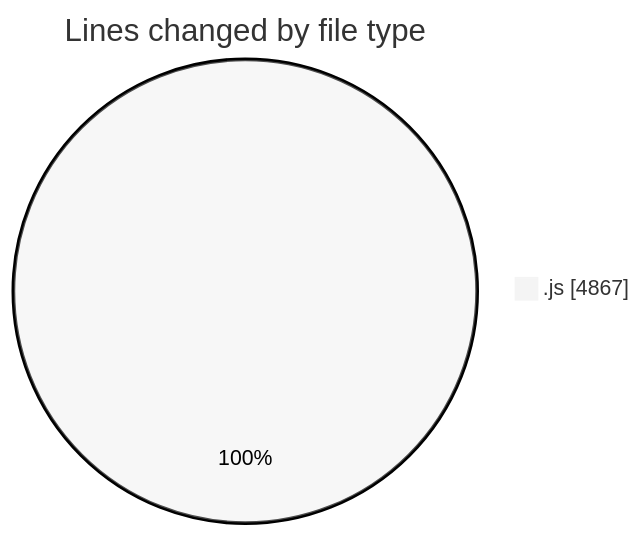
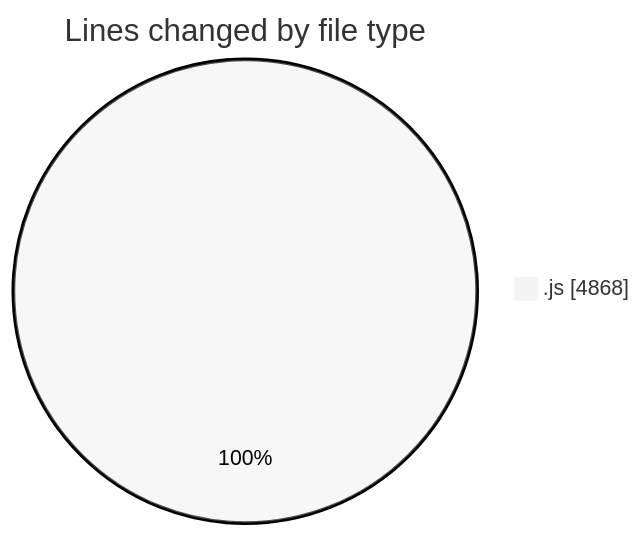
One commit to nxtqubesakshisongat/code-tracking changed the first of 2 diagrams in 2025-10-15/nxtqube_webapp/README.md. Above: the diagram before and after it, drawn with Mermaid (neutral theme). The commit also changed other lines of this file and 1 other file, not shown here.

````diff
--- a/2025-10-15/nxtqube_webapp/README.md
+++ b/2025-10-15/nxtqube_webapp/README.md
@@ -21,5 +21,5 @@
 ```mermaid
 pie showData
 title Lines changed by file type
-".js" : 4867
+".js" : 4868
 ```
````
